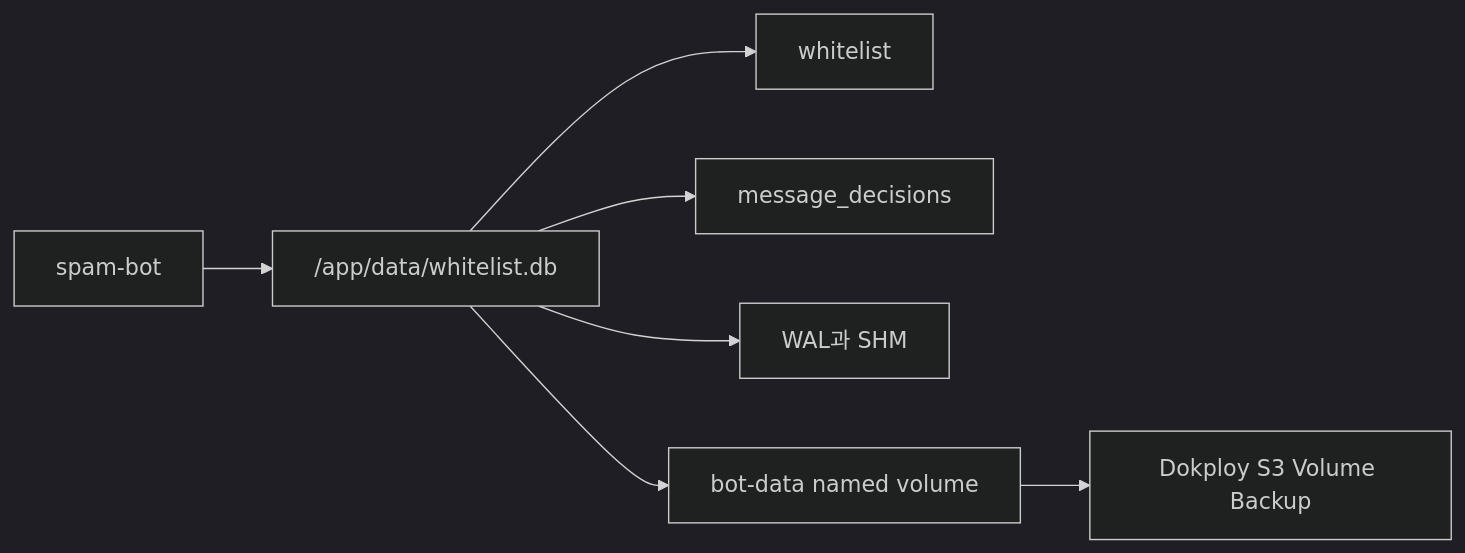
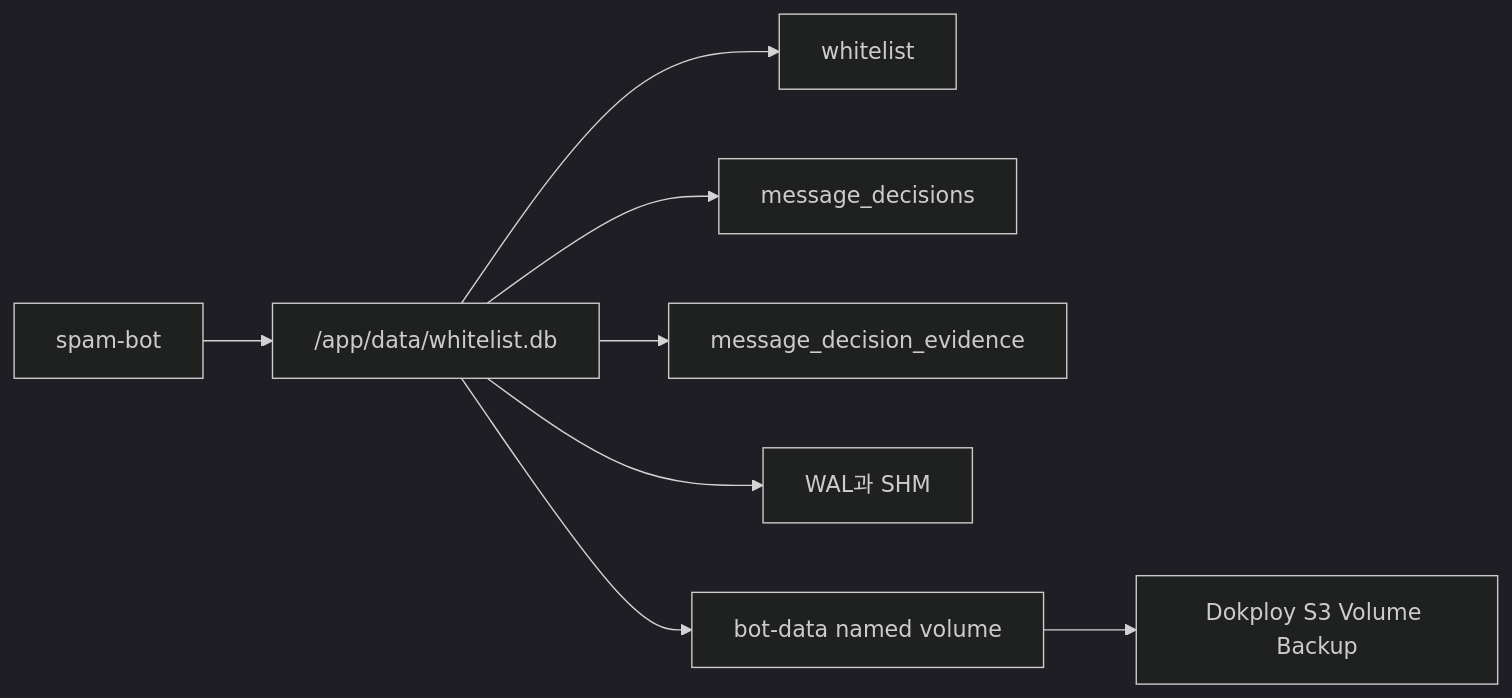
Before and after one commit to yldst-dev/fuckyou-spam-rs: the third of 5 diagrams in docs/ARCHITECTURE.md, drawn with Mermaid (dark theme). The commit also changed other lines of this file and 46 other files, not shown here.

Commit message:
Refactor architecture and Dokploy runtime

````diff
--- a/docs/ARCHITECTURE.md
+++ b/docs/ARCHITECTURE.md
@@ -53,9 +76,10 @@
 ```mermaid
 flowchart LR
     A["spam-bot"] --> B["/app/data/whitelist.db"]
     B --> C["whitelist"]
     B --> D["message_decisions"]
-    B --> E["WAL과 SHM"]
-    B --> F["bot-data named volume"]
-    F --> G["Dokploy S3 Volume Backup"]
+    B --> E["message_decision_evidence"]
+    B --> F["WAL과 SHM"]
+    B --> G["bot-data named volume"]
+    G --> H["Dokploy S3 Volume Backup"]
 ```
````
